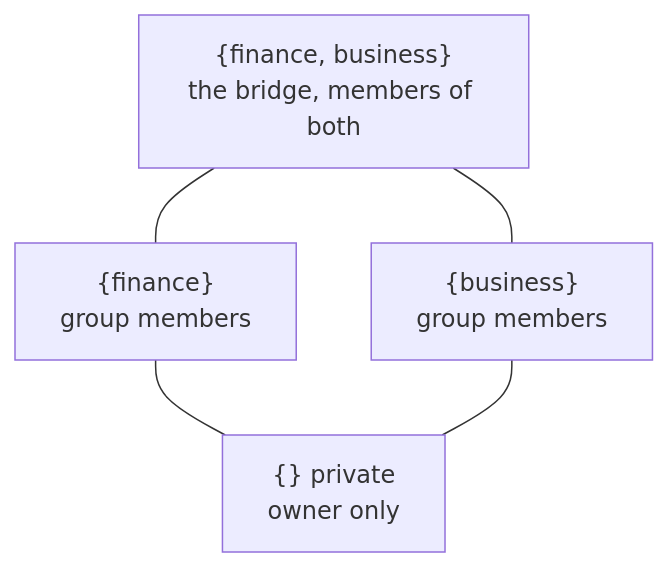
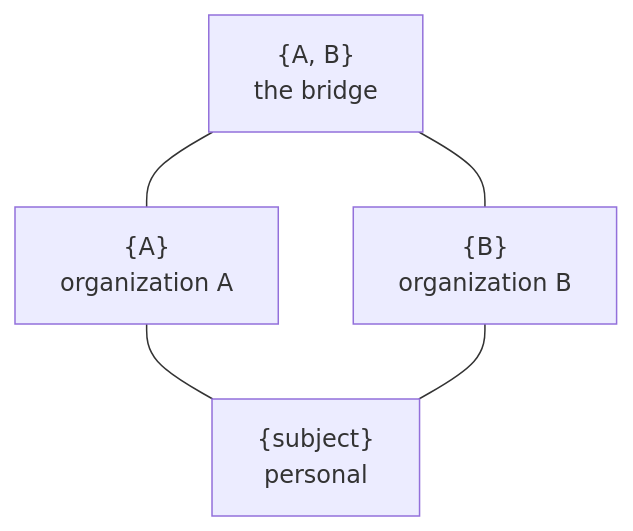
Before and after one commit to phvv-me/aizk: the diagram in docs/engine/lattice.md, drawn with Mermaid. The commit also changed other lines of this file and 292 other files, not shown here.

Commit message:
refactor: simplify memory architecture and retrieval

````diff
--- a/docs/engine/lattice.md
+++ b/docs/engine/lattice.md
@@ -10,11 +17,11 @@
 ```mermaid
 flowchart TD
-    FB["{finance, business}<br/>the bridge, members of both"]
-    F["{finance}<br/>group members"]
-    B["{business}<br/>group members"]
-    P["{} private<br/>owner only"]
-    FB --- F
-    FB --- B
-    F --- P
+    AB["{A, B}<br/>the bridge"]
+    A["{A}<br/>organization A"]
+    B["{B}<br/>organization B"]
+    P["{subject}<br/>personal"]
+    AB --- A
+    AB --- B
+    A --- P
     B --- P
 ```
````
